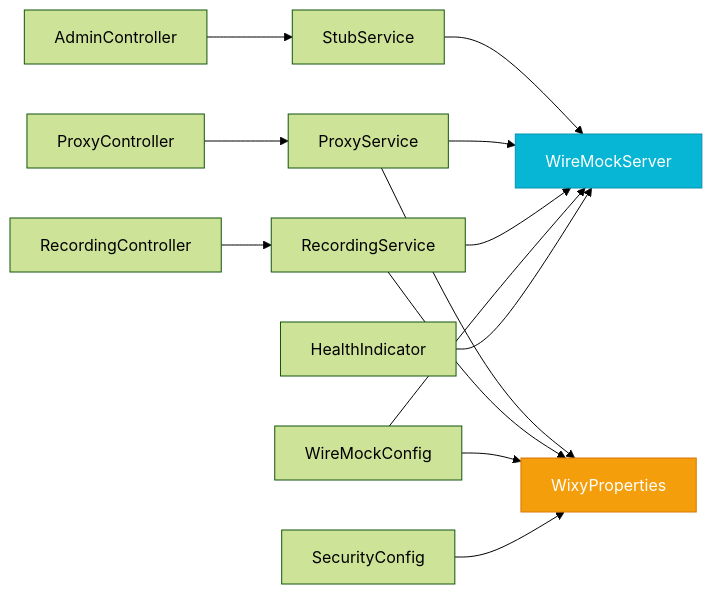
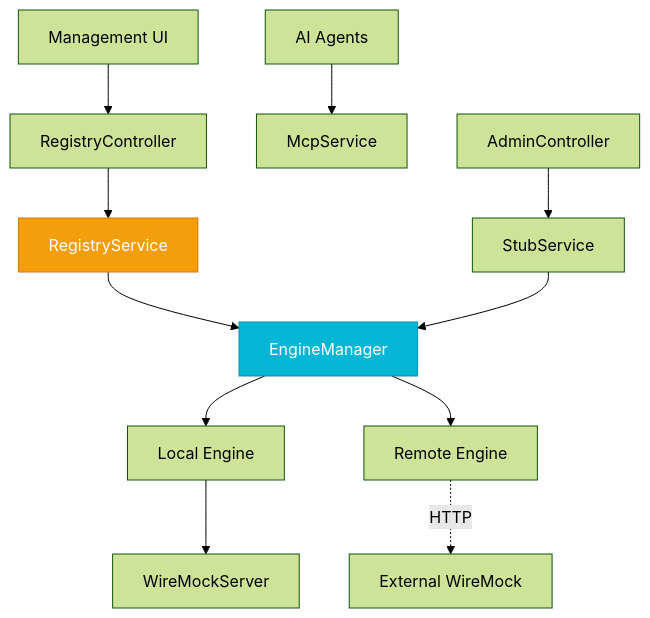
Before and after one commit to vinipx/wixy: the diagram in documentation/docs/architecture/layers.md, drawn with Mermaid (forest theme). The commit also changed other lines of this file and 10 other files, not shown here.

````diff
--- a/documentation/docs/architecture/layers.md
+++ b/documentation/docs/architecture/layers.md
@@ -217,21 +70,20 @@
 ```mermaid
-graph LR
+graph TD
+    UI[Management UI] --> RC[RegistryController]
+    AI[AI Agents] --> MC[McpService]
+    
+    RC --> RS[RegistryService]
+    RS --> EM[EngineManager]
+    
     AC[AdminController] --> SS[StubService]
-    PC[ProxyController] --> PS[ProxyService]
-    RC[RecordingController] --> RS[RecordingService]
+    SS --> EM
     
-    SS --> WM[WireMockServer]
-    PS --> WM
-    RS --> WM
+    EM --> LE[Local Engine]
+    EM --> RE[Remote Engine]
     
-    PS --> WP[WixyProperties]
-    RS --> WP
+    LE --> WM[WireMockServer]
+    RE -. HTTP .-> EXT[External WireMock]
     
-    WC[WireMockConfig] --> WP
-    WC --> WM
-    SC[SecurityConfig] --> WP
-    HI[HealthIndicator] --> WM
-    
-    style WM fill:#06b6d4,stroke:#0891b2,color:#ffffff
-    style WP fill:#f59e0b,stroke:#d97706,color:#ffffff
+    style EM fill:#06b6d4,stroke:#0891b2,color:#ffffff
+    style RS fill:#f59e0b,stroke:#d97706,color:#ffffff
 ```
````
